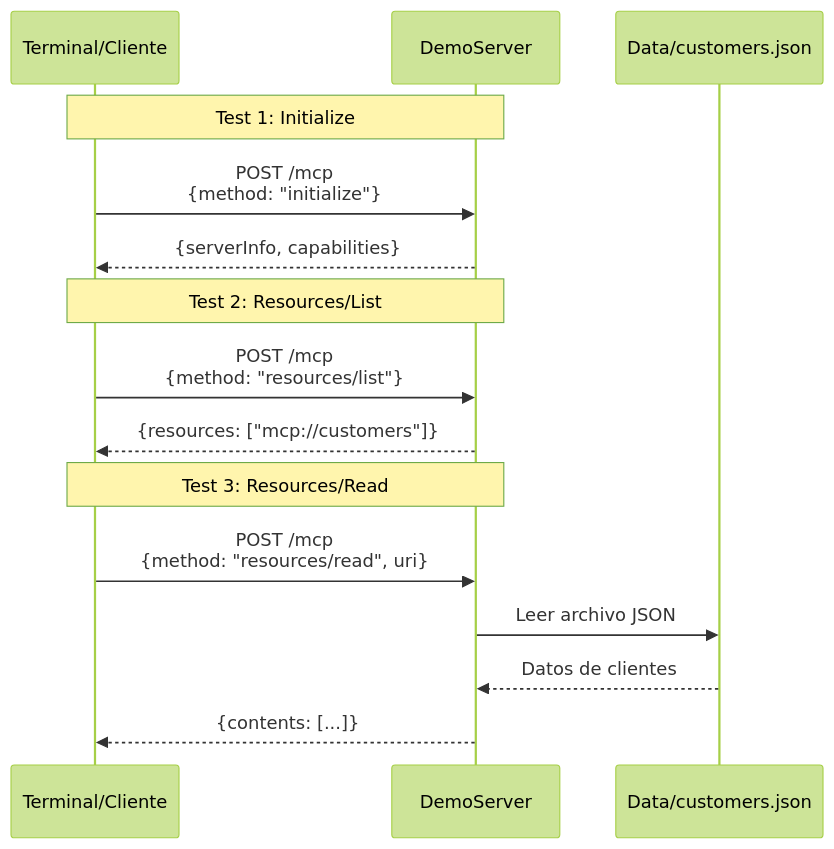
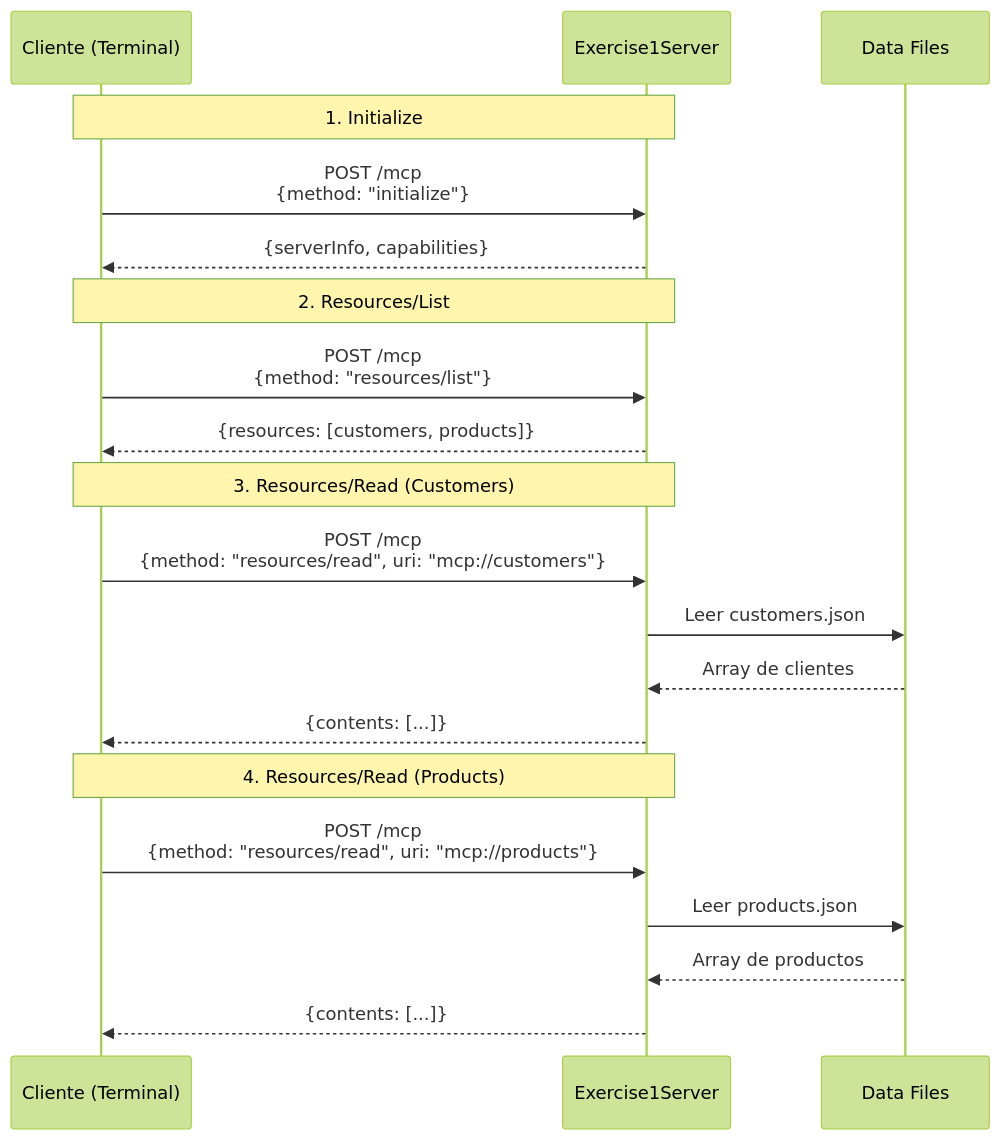
Before and after one commit to rliberoff/2025-data-saturday-workshop-mcp: the second of 2 diagrams in docs/modules/03b-anatomia-proveedor.md, drawn with Mermaid (forest theme). The commit also changed other lines of this file and 16 other files, not shown here.

````diff
--- a/docs/modules/03b-anatomia-proveedor.md
+++ b/docs/modules/03b-anatomia-proveedor.md
@@ -467,20 +429,26 @@
 ```mermaid
 sequenceDiagram
-    participant T as Terminal/Cliente
-    participant S as DemoServer
-    participant D as Data/customers.json
+    participant C as Cliente (Terminal)
+    participant S as Exercise1Server
+    participant D as Data Files
 
-    Note over T,S: Test 1: Initialize
-    T->>S: POST /mcp<br/>{method: "initialize"}
-    S-->>T: {serverInfo, capabilities}
+    Note over C,S: 1. Initialize
+    C->>S: POST /mcp<br/>{method: "initialize"}
+    S-->>C: {serverInfo, capabilities}
 
-    Note over T,S: Test 2: Resources/List
-    T->>S: POST /mcp<br/>{method: "resources/list"}
-    S-->>T: {resources: ["mcp://customers"]}
+    Note over C,S: 2. Resources/List
+    C->>S: POST /mcp<br/>{method: "resources/list"}
+    S-->>C: {resources: [customers, products]}
 
-    Note over T,S: Test 3: Resources/Read
-    T->>S: POST /mcp<br/>{method: "resources/read", uri}
-    S->>D: Leer archivo JSON
-    D-->>S: Datos de clientes
-    S-->>T: {contents: [...]}
+    Note over C,S: 3. Resources/Read (Customers)
+    C->>S: POST /mcp<br/>{method: "resources/read", uri: "mcp://customers"}
+    S->>D: Leer customers.json
+    D-->>S: Array de clientes
+    S-->>C: {contents: [...]}
+
+    Note over C,S: 4. Resources/Read (Products)
+    C->>S: POST /mcp<br/>{method: "resources/read", uri: "mcp://products"}
+    S->>D: Leer products.json
+    D-->>S: Array de productos
+    S-->>C: {contents: [...]}
 ```
````
